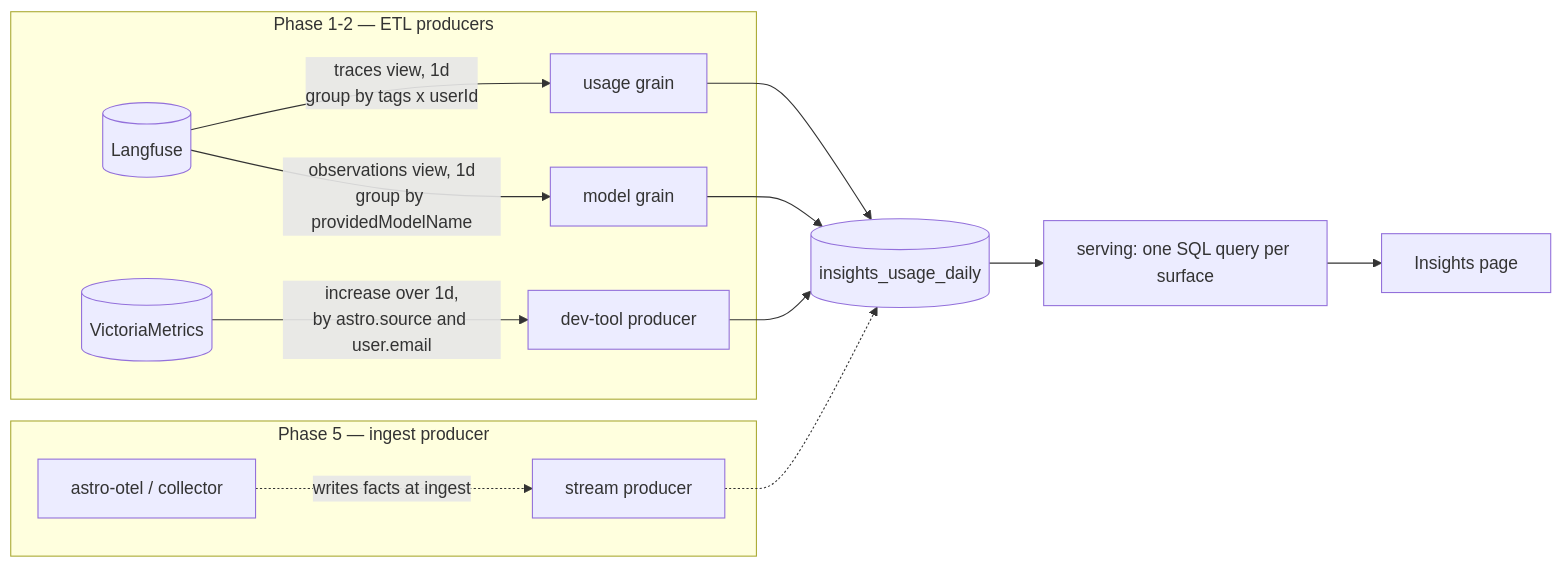
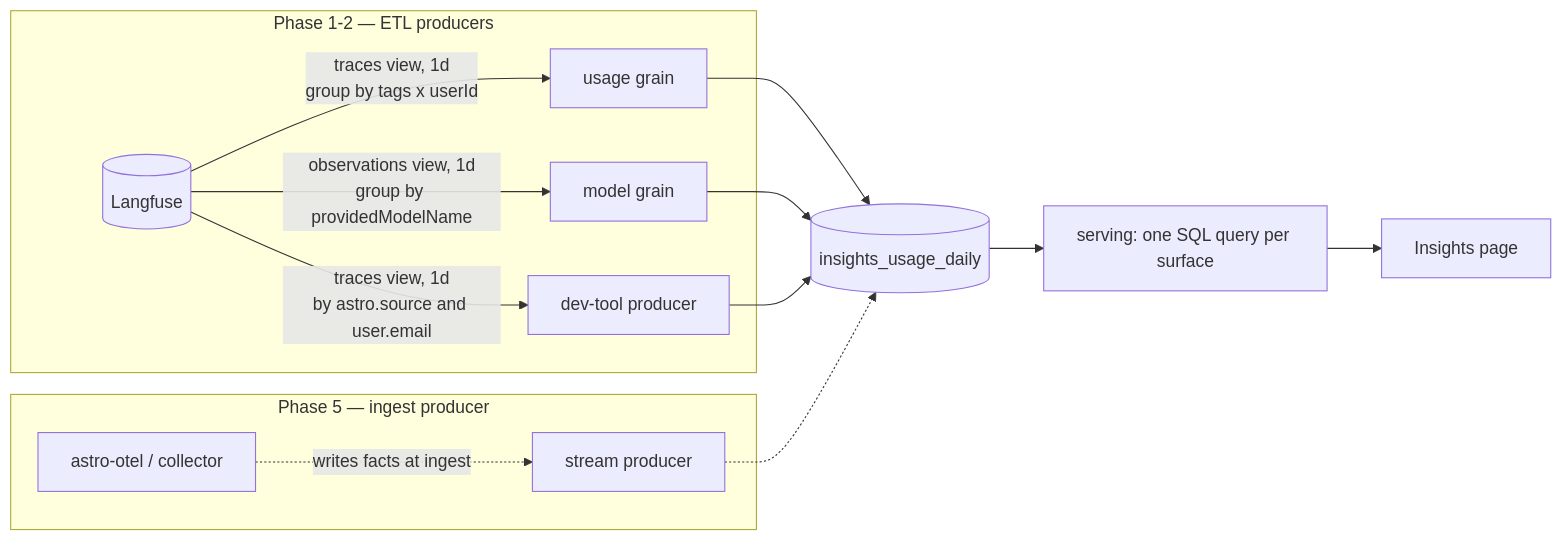
Before and after one commit to astropods/astro-cli: the first of 4 diagrams in docs/01-spec/insights-rollup-spec.md, drawn with Mermaid. The commit also changed other lines of this file and 103 other files, not shown here.

````diff
--- a/docs/01-spec/insights-rollup-spec.md
+++ b/docs/01-spec/insights-rollup-spec.md
@@ -160,20 +162,20 @@
 ```mermaid
 flowchart LR
   subgraph now["Phase 1-2 — ETL producers"]
     LF[("Langfuse")] -->|"traces view, 1d<br/>group by tags x userId"| P1["usage grain"]
     LF -->|"observations view, 1d<br/>group by providedModelName"| P2["model grain"]
-    VM[("VictoriaMetrics")] -->|"increase over 1d,<br/>by astro.source and user.email"| P3["dev-tool producer"]
+    LF -->|"traces view, 1d<br/>by astro.source and user.email"| P3["dev-tool producer"]
   end
 
   subgraph later["Phase 5 — ingest producer"]
     OT["astro-otel / collector"] -.->|"writes facts at ingest"| P4["stream producer"]
   end
 
   P1 --> FT[("insights_usage_daily")]
   P2 --> FT
   P3 --> FT
   P4 -.-> FT
 
   FT --> SRV["serving: one SQL query per surface"]
   SRV --> UI["Insights page"]
 ```
````
